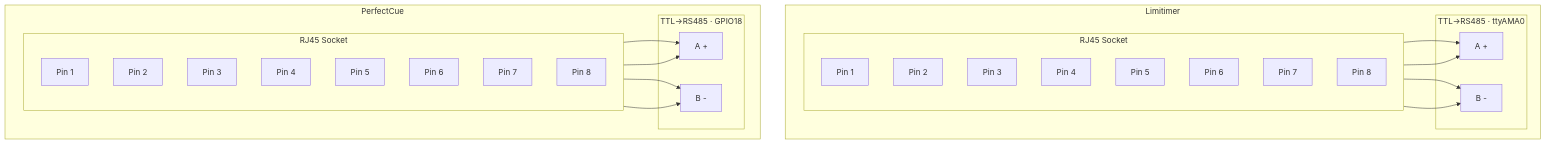
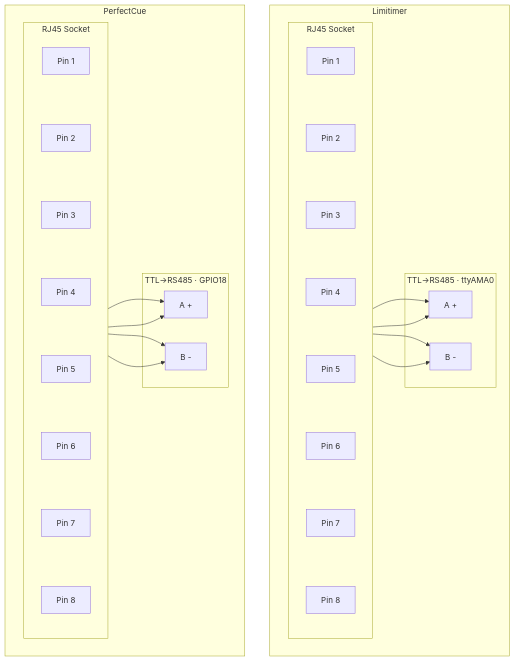
Before and after one commit to jpkelly/PiTG: the first of 2 diagrams in README.md, drawn with Mermaid.

Commit message:
Force sequential pin order in RJ45 Mermaid with invisible links

````diff
--- a/README.md
+++ b/README.md
@@ -193,43 +193,29 @@
 ```mermaid
 flowchart TB
     subgraph LEFT[Limitimer]
         direction LR
         subgraph LIM_RJ45[RJ45 Socket]
             direction TB
-            L1[Pin 1]
-            L2[Pin 2]
-            L3[Pin 3]
-            L4[Pin 4]
-            L5[Pin 5]
-            L6[Pin 6]
-            L7[Pin 7]
-            L8[Pin 8]
+            L1[Pin 1] ~~~ L2[Pin 2] ~~~ L3[Pin 3] ~~~ L4[Pin 4] ~~~ L5[Pin 5] ~~~ L6[Pin 6] ~~~ L7[Pin 7] ~~~ L8[Pin 8]
         end
         subgraph LIM_XCVR[TTL→RS485 · ttyAMA0]
             LA[A +]
             LB[B -]
         end
         L3 & L6 --> LA
         L4 & L5 --> LB
     end
     subgraph RIGHT[PerfectCue]
         direction LR
         subgraph PC_RJ45[RJ45 Socket]
             direction TB
-            P1[Pin 1]
-            P2[Pin 2]
-            P3[Pin 3]
-            P4[Pin 4]
-            P5[Pin 5]
-            P6[Pin 6]
-            P7[Pin 7]
-            P8[Pin 8]
+            P1[Pin 1] ~~~ P2[Pin 2] ~~~ P3[Pin 3] ~~~ P4[Pin 4] ~~~ P5[Pin 5] ~~~ P6[Pin 6] ~~~ P7[Pin 7] ~~~ P8[Pin 8]
         end
         subgraph PC_XCVR[TTL→RS485 · GPIO18]
             PA[A +]
             PB[B -]
         end
         P2 & P7 --> PA
         P4 & P5 --> PB
     end
 ```
````
